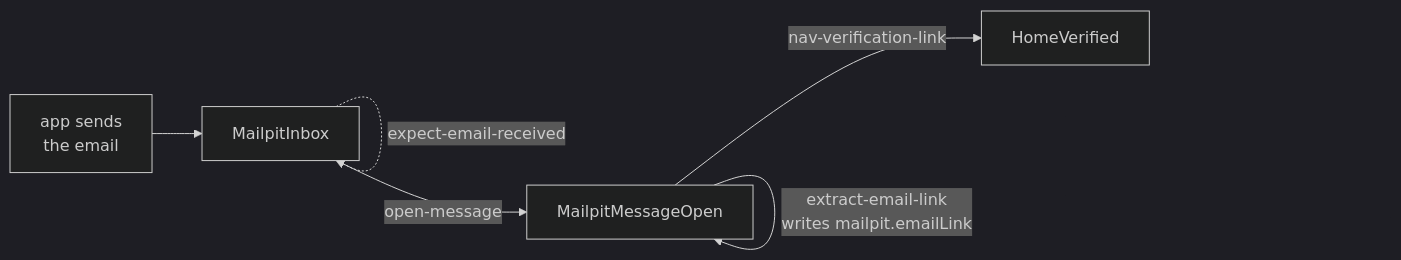
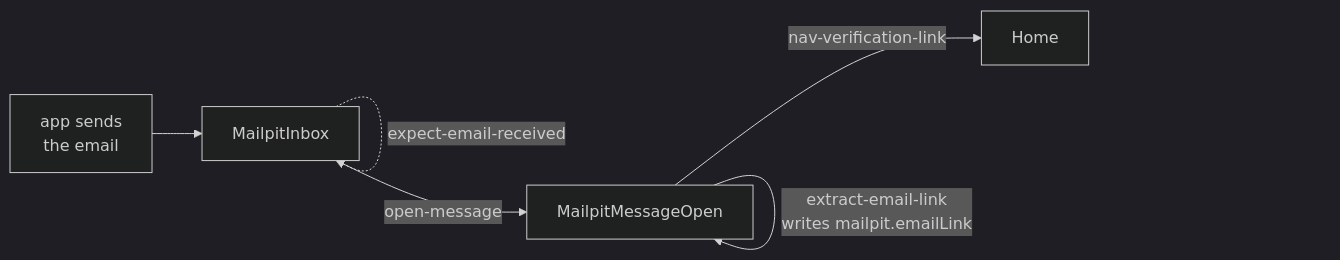
One commit to deviate-dv8/waygraph changed the diagram in docs/guides/mail.md. Above: the diagram before and after it, drawn with Mermaid (dark theme). The commit also changed other lines of this file and 36 other files, not shown here.

````diff
--- a/docs/guides/mail.md
+++ b/docs/guides/mail.md
@@ -6,9 +6,9 @@
 ```mermaid
 graph LR
   A[app sends<br/>the email] --> I[MailpitInbox]
   I -.->|expect-email-received| I
   I -->|open-message| O[MailpitMessageOpen]
   O -.->|expect-email-content| O
   O -->|extract-email-link<br/>writes mailpit.emailLink| O
-  O -->|nav-verification-link| V[HomeVerified]
+  O -->|nav-verification-link| V[Home]
 ```
````
